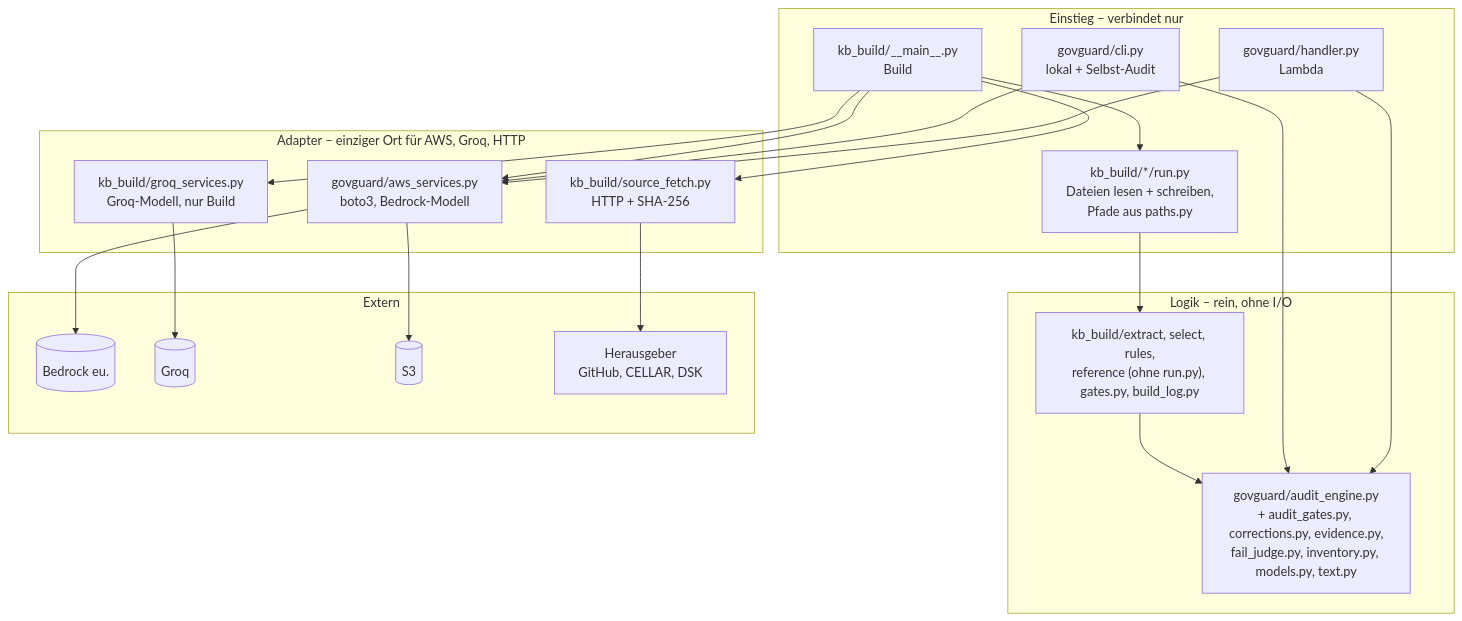
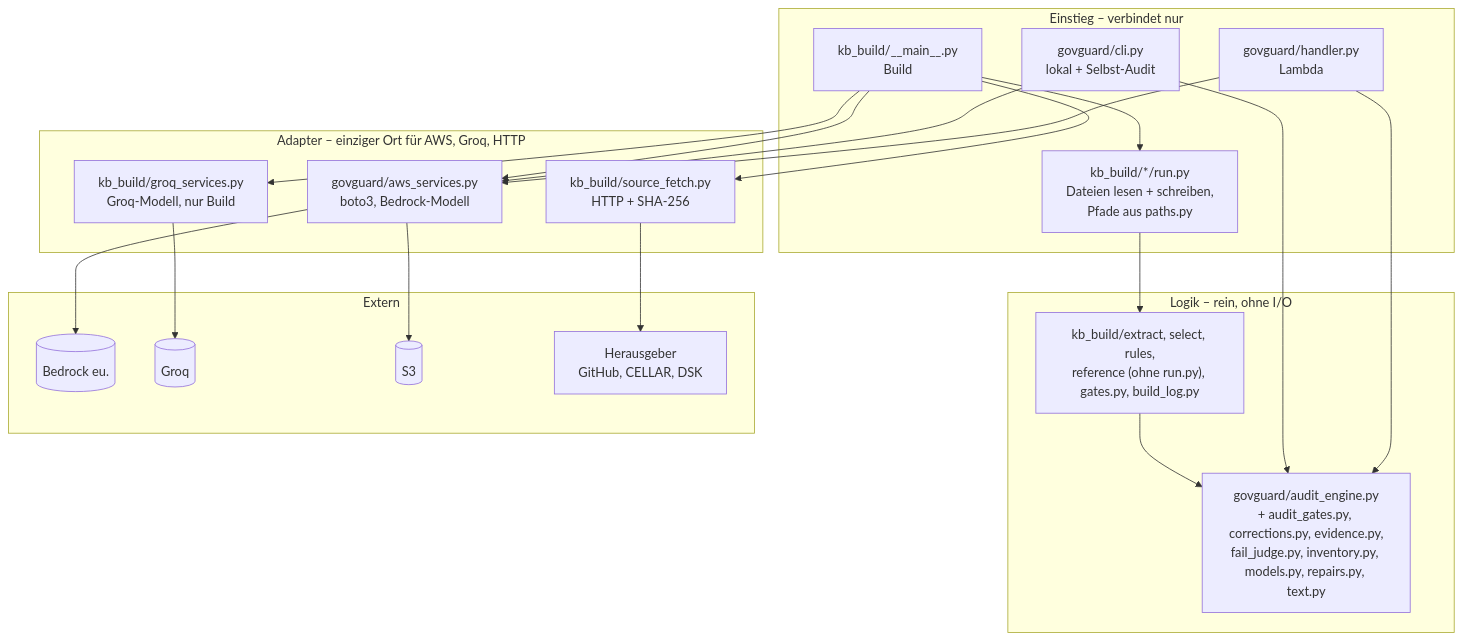
One commit to Daniel74/GovGuard changed the fourth of 4 diagrams in docs/ARCHITECTURE.md. Above: the diagram before and after it, drawn with Mermaid. The commit also changed 13 other files, not shown here.

Commit message:
32 Audit fail closed nach Retry: Modell korrigiert den Status, aber nicht die Pflichtfelder - implemented

````diff
--- a/docs/ARCHITECTURE.md
+++ b/docs/ARCHITECTURE.md
@@ -234,32 +234,32 @@
 ```mermaid
 flowchart TB
   subgraph E["Einstieg – verbindet nur"]
     H["govguard/handler.py<br/>Lambda"]
     C["govguard/cli.py<br/>lokal + Selbst-Audit"]
     M["kb_build/__main__.py<br/>Build"]
     R["kb_build/*/run.py<br/>Dateien lesen + schreiben,<br/>Pfade aus paths.py"]
   end
   subgraph L["Logik – rein, ohne I/O"]
-    AE["govguard/audit_engine.py<br/>+ audit_gates.py, corrections.py, evidence.py,<br/>fail_judge.py, inventory.py, models.py, text.py"]
+    AE["govguard/audit_engine.py<br/>+ audit_gates.py, corrections.py, evidence.py,<br/>fail_judge.py, inventory.py, models.py, repairs.py, text.py"]
     KB["kb_build/extract, select, rules,<br/>reference (ohne run.py), gates.py, build_log.py"]
   end
   subgraph A["Adapter – einziger Ort für AWS, Groq, HTTP"]
     AWS["govguard/aws_services.py<br/>boto3, Bedrock-Modell"]
     GQ["kb_build/groq_services.py<br/>Groq-Modell, nur Build"]
     FE["kb_build/source_fetch.py<br/>HTTP + SHA-256"]
   end
   subgraph X["Extern"]
     B[("Bedrock eu.")]
     G[("Groq")]
     S3[("S3")]
     HG["Herausgeber<br/>GitHub, CELLAR, DSK"]
   end
   H & C --> AE
   H & C --> AWS
   M --> R --> KB
   M --> AWS & GQ & FE
   KB --> AE
   AWS --> B & S3
   GQ --> G
   FE --> HG
 ```
````
